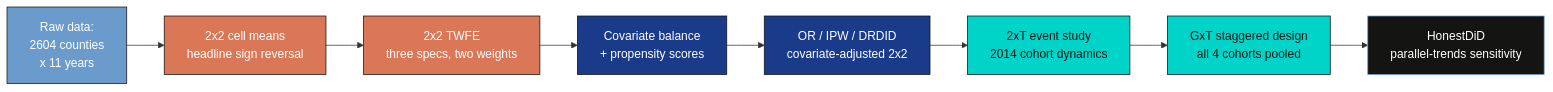
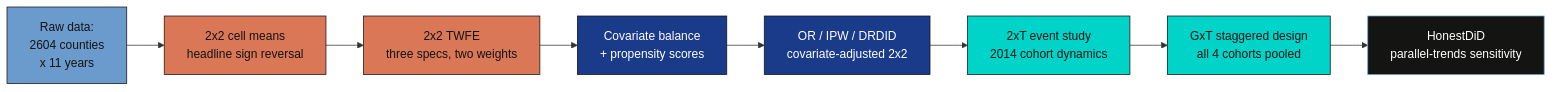
One commit to cmg777/starter-academic-v501 changed the diagram in content/post/r_did2/index.md. Above: the diagram before and after it, drawn with Mermaid. The commit also changed 67 other files, not shown here.

First line of the commit message:
fix(mermaid): readable diagram text in both themes across the site

````diff
--- a/content/post/r_did2/index.md
+++ b/content/post/r_did2/index.md
@@ -204,18 +204,18 @@
 ```mermaid
 graph LR
   A[Raw data:<br/>2604 counties<br/>x 11 years] --> B[2x2 cell means<br/>headline sign reversal]
   B --> C[2x2 TWFE<br/>three specs, two weights]
   C --> D[Covariate balance<br/>+ propensity scores]
   D --> E[OR / IPW / DRDID<br/>covariate-adjusted 2x2]
   E --> F[2xT event study<br/>2014 cohort dynamics]
   F --> G[GxT staggered design<br/>all 4 cohorts pooled]
   G --> H[HonestDiD<br/>parallel-trends sensitivity]
-  style A fill:#6a9bcc,stroke:#141413,color:#fff
-  style B fill:#d97757,stroke:#141413,color:#fff
-  style C fill:#d97757,stroke:#141413,color:#fff
+  style A fill:#6a9bcc,stroke:#141413,color:#141413
+  style B fill:#d97757,stroke:#141413,color:#141413
+  style C fill:#d97757,stroke:#141413,color:#141413
   style D fill:#1a3a8a,stroke:#141413,color:#fff
   style E fill:#1a3a8a,stroke:#141413,color:#fff
   style F fill:#00d4c8,stroke:#141413,color:#141413
   style G fill:#00d4c8,stroke:#141413,color:#141413
   style H fill:#141413,stroke:#6a9bcc,color:#fff
 ```
````
